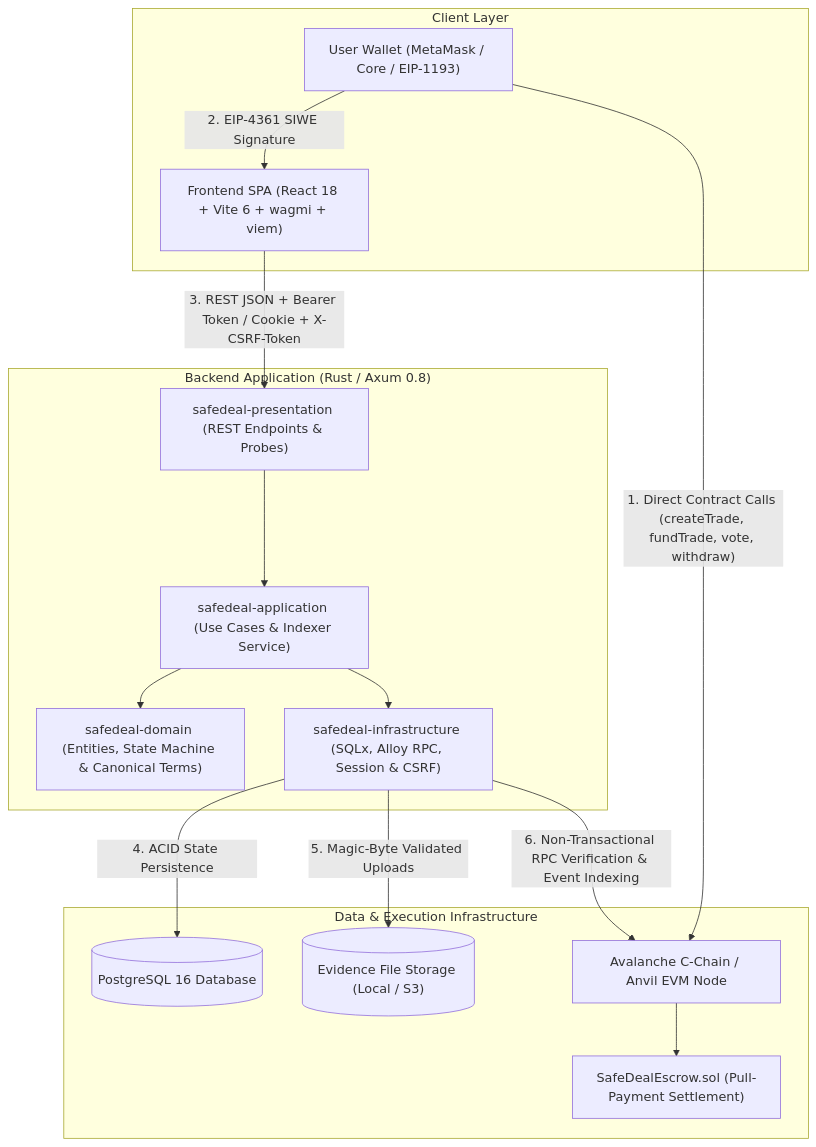
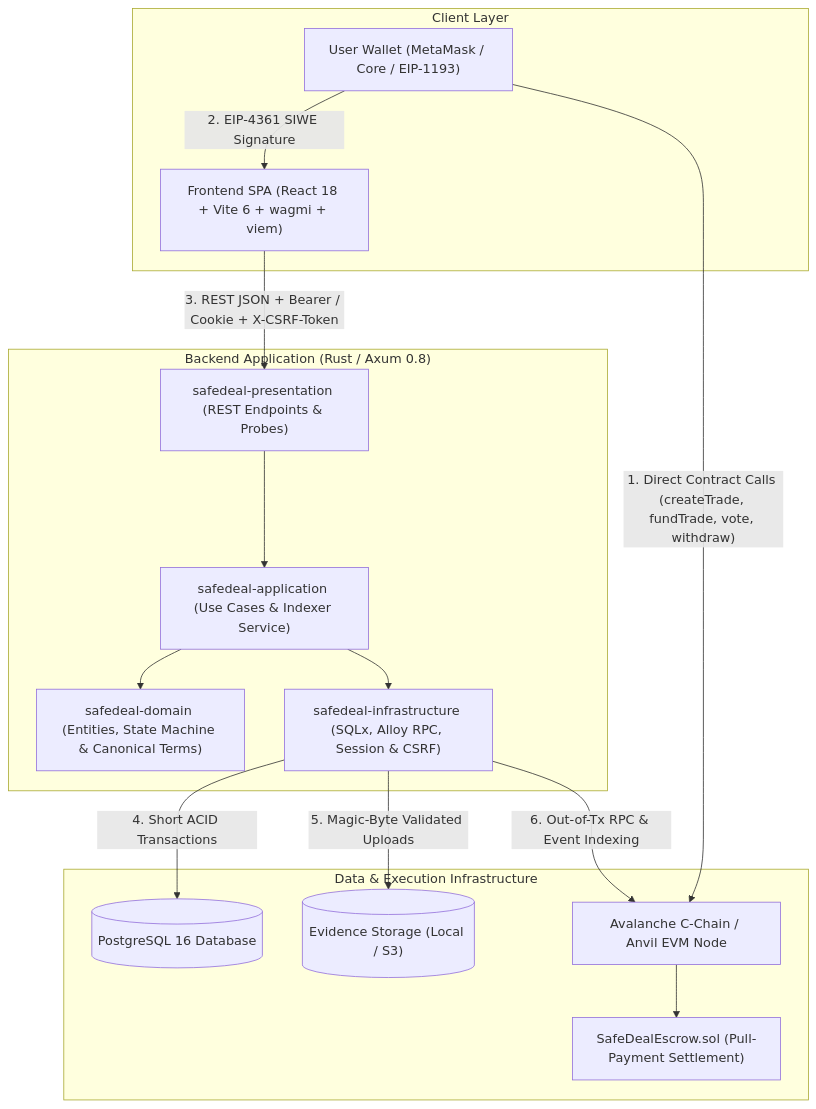
One commit to hienpham0344/SafeDeal changed the first of 2 diagrams in README.md. Above: the diagram before and after it, drawn with Mermaid. The commit also changed other lines of this file and 14 other files, not shown here.

````diff
--- a/README.md
+++ b/README.md
@@ -40,32 +24,32 @@
 ```mermaid
 flowchart TD
     subgraph Clients["Client Layer"]
         Wallet["User Wallet (MetaMask / Core / EIP-1193)"]
         Frontend["Frontend SPA (React 18 + Vite 6 + wagmi + viem)"]
     end
 
     subgraph BackendApp["Backend Application (Rust / Axum 0.8)"]
         Presentation["safedeal-presentation (REST Endpoints & Probes)"]
         Application["safedeal-application (Use Cases & Indexer Service)"]
         Domain["safedeal-domain (Entities, State Machine & Canonical Terms)"]
         Infrastructure["safedeal-infrastructure (SQLx, Alloy RPC, Session & CSRF)"]
     end
 
     subgraph Storage["Data & Execution Infrastructure"]
         Postgres[("PostgreSQL 16 Database")]
-        EvidenceFS[("Evidence File Storage (Local / S3)")]
+        EvidenceFS[("Evidence Storage (Local / S3)")]
         AvalancheNode["Avalanche C-Chain / Anvil EVM Node"]
         EscrowContract["SafeDealEscrow.sol (Pull-Payment Settlement)"]
     end
 
     Wallet -->|"1. Direct Contract Calls (createTrade, fundTrade, vote, withdraw)"| AvalancheNode
     AvalancheNode --> EscrowContract
     Wallet -->|"2. EIP-4361 SIWE Signature"| Frontend
-    Frontend -->|"3. REST JSON + Bearer Token / Cookie + X-CSRF-Token"| Presentation
+    Frontend -->|"3. REST JSON + Bearer / Cookie + X-CSRF-Token"| Presentation
     Presentation --> Application
     Application --> Domain
     Application --> Infrastructure
-    Infrastructure -->|"4. ACID State Persistence"| Postgres
+    Infrastructure -->|"4. Short ACID Transactions"| Postgres
     Infrastructure -->|"5. Magic-Byte Validated Uploads"| EvidenceFS
-    Infrastructure -->|"6. Non-Transactional RPC Verification & Event Indexing"| AvalancheNode
+    Infrastructure -->|"6. Out-of-Tx RPC & Event Indexing"| AvalancheNode
 ```
````
